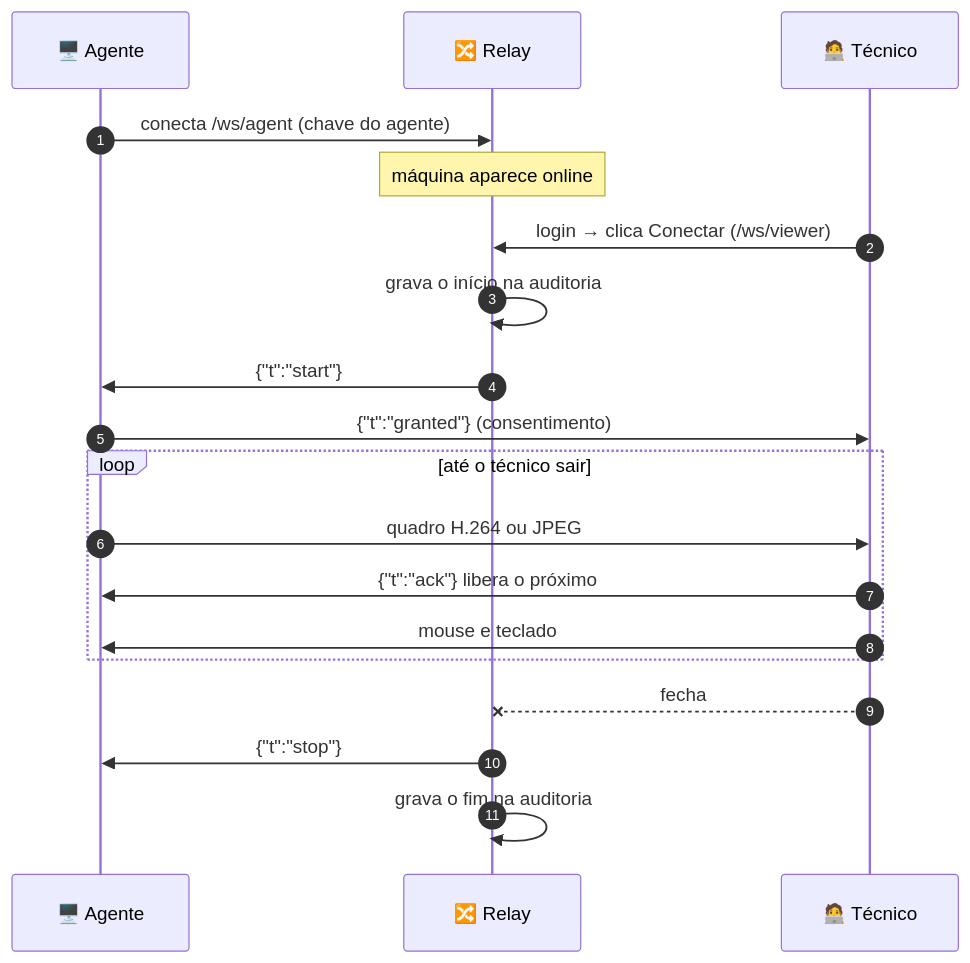
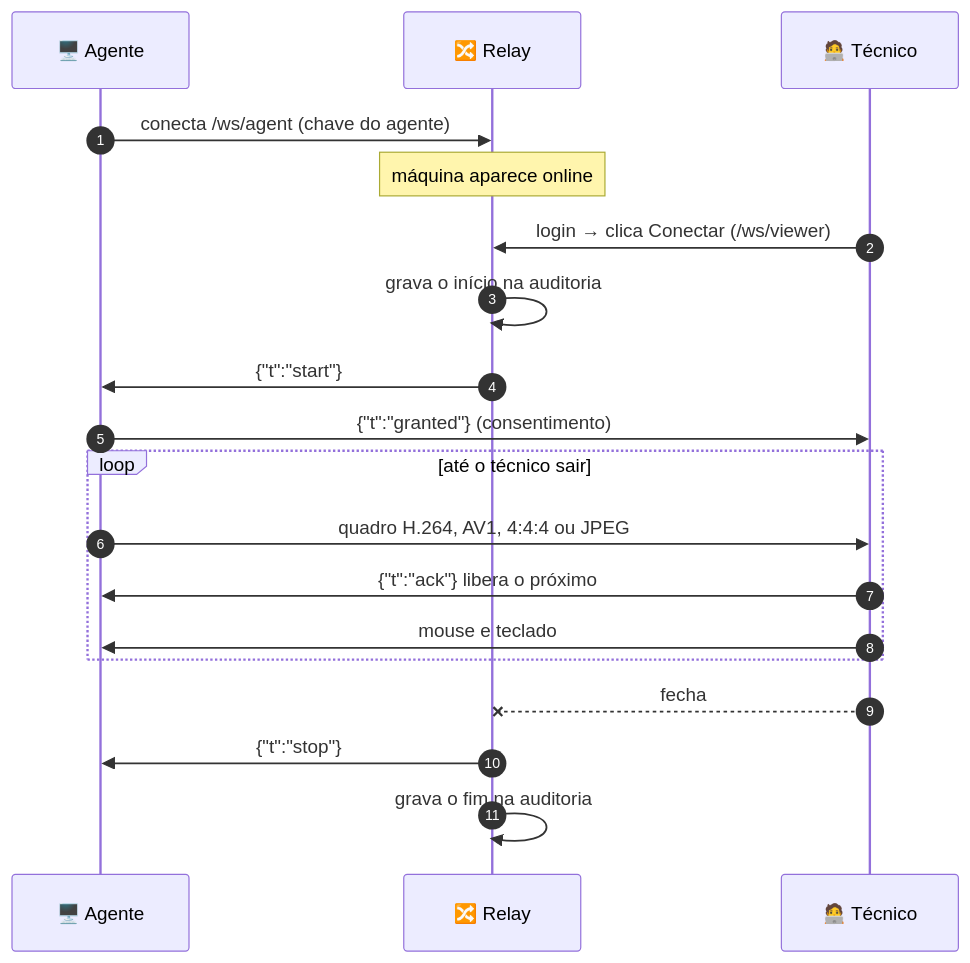
One commit to caetasousa/remoteIT changed the second of 2 diagrams in README.md. Above: the diagram before and after it, drawn with Mermaid. The commit also changed other lines of this file and 52 other files, not shown here.

````diff
--- a/README.md
+++ b/README.md
@@ -130,21 +130,21 @@
 ```mermaid
 sequenceDiagram
     autonumber
     participant A as 🖥️ Agente
     participant R as 🔀 Relay
     participant T as 🧑‍💻 Técnico
     A->>R: conecta /ws/agent (chave do agente)
     Note over R: máquina aparece online
     T->>R: login → clica Conectar (/ws/viewer)
     R->>R: grava o início na auditoria
     R->>A: {"t":"start"}
     A->>T: {"t":"granted"} (consentimento)
     loop até o técnico sair
-        A->>T: quadro H.264 ou JPEG
+        A->>T: quadro H.264, AV1, 4:4:4 ou JPEG
         T->>A: {"t":"ack"} libera o próximo
         T->>A: mouse e teclado
     end
     T--xR: fecha
     R->>A: {"t":"stop"}
     R->>R: grava o fim na auditoria
 ```
````
